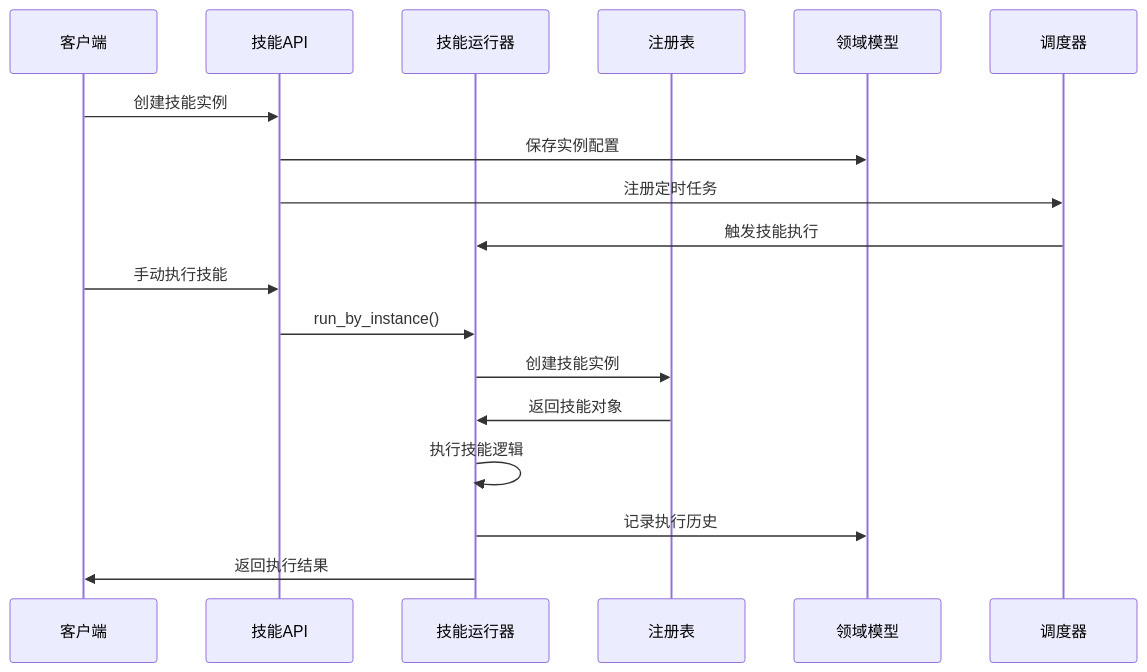
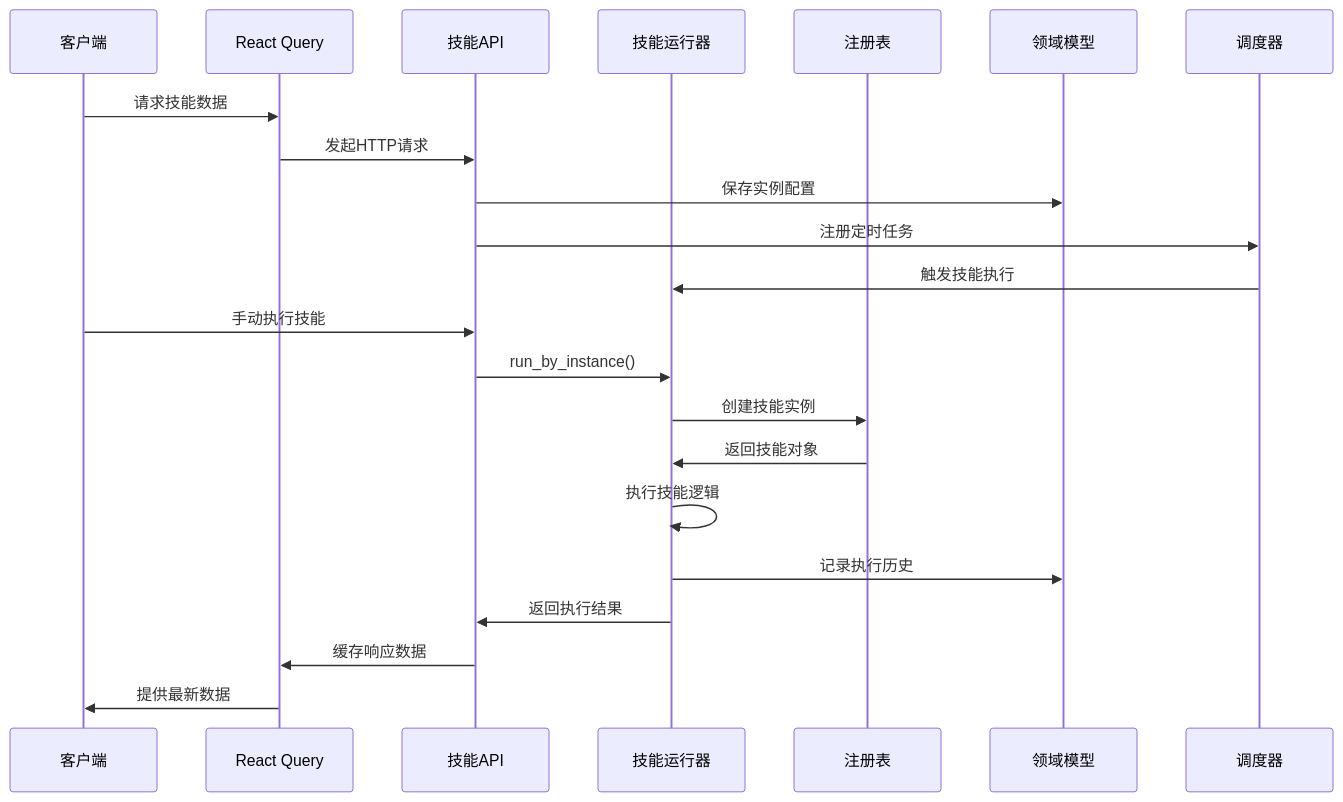
The second of 12 diagrams in .qoder/repowiki/zh/content/前端架构/技能系统API集成.md (jackeyunjie/open-notebook), drawn with Mermaid before and after one commit. The commit also changed other lines of this file and 24 other files, not shown here.

````diff
--- a/.qoder/repowiki/zh/content/前端架构/技能系统API集成.md
+++ b/.qoder/repowiki/zh/content/前端架构/技能系统API集成.md
@@ -119,20 +146,24 @@
 ```mermaid
 sequenceDiagram
 participant Client as 客户端
+participant Query as React Query
 participant API as 技能API
 participant Runner as 技能运行器
 participant Registry as 注册表
 participant Domain as 领域模型
 participant Scheduler as 调度器
-Client->>API : 创建技能实例
+Client->>Query : 请求技能数据
+Query->>API : 发起HTTP请求
 API->>Domain : 保存实例配置
 API->>Scheduler : 注册定时任务
 Scheduler->>Runner : 触发技能执行
 Client->>API : 手动执行技能
 API->>Runner : run_by_instance()
 Runner->>Registry : 创建技能实例
 Registry->>Runner : 返回技能对象
 Runner->>Runner : 执行技能逻辑
 Runner->>Domain : 记录执行历史
-Runner->>Client : 返回执行结果
+Runner->>API : 返回执行结果
+API->>Query : 缓存响应数据
+Query->>Client : 提供最新数据
 ```
````
